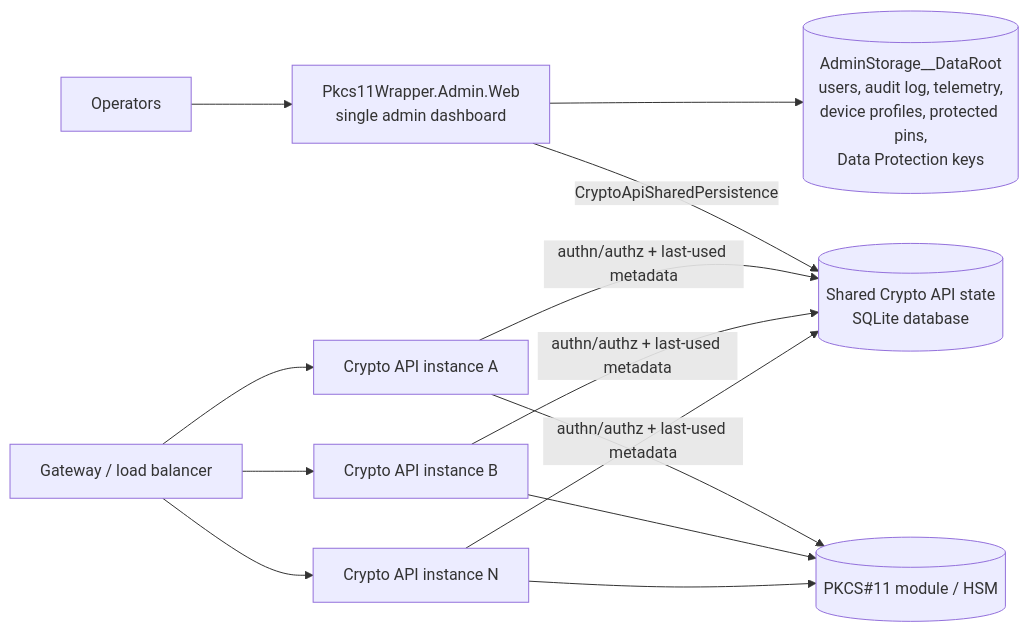
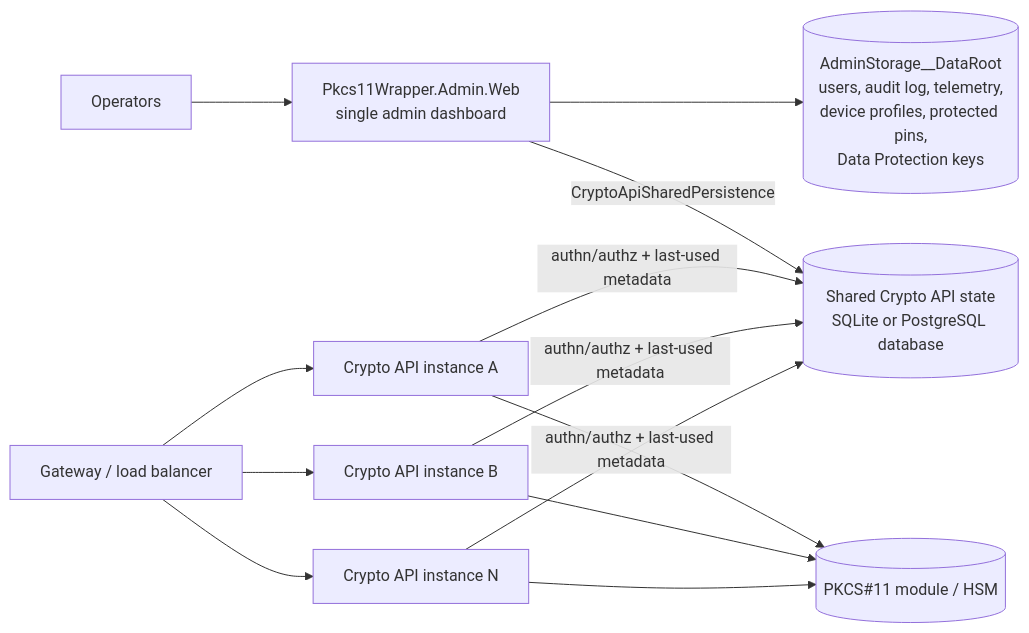
One commit to EbubekirERGUN/Pkcs11Wrapper changed the diagram in docs/crypto-api-deployment.md. Above: the diagram before and after it, drawn with Mermaid. The commit also changed other lines of this file and 16 other files, not shown here.

Commit message:
Add PostgreSQL shared persistence for Crypto API state

````diff
--- a/docs/crypto-api-deployment.md
+++ b/docs/crypto-api-deployment.md
@@ -20,18 +20,18 @@
 ```mermaid
 flowchart LR
     O[Operators] --> A[Pkcs11Wrapper.Admin.Web\nsingle admin dashboard]
     A --> AR[(AdminStorage__DataRoot\nusers, audit log, telemetry,\ndevice profiles, protected pins,\nData Protection keys)]
-    A -->|CryptoApiSharedPersistence| S[(Shared Crypto API state\nSQLite database)]
+    A -->|CryptoApiSharedPersistence| S[(Shared Crypto API state\nSQLite or PostgreSQL database)]
 
     G[Gateway / load balancer] --> C1[Crypto API instance A]
     G --> C2[Crypto API instance B]
     G --> CN[Crypto API instance N]
 
     C1 -->|authn/authz + last-used metadata| S
     C2 -->|authn/authz + last-used metadata| S
     CN -->|authn/authz + last-used metadata| S
 
     C1 --> H[(PKCS#11 module / HSM)]
     C2 --> H
     CN --> H
 ```
````
